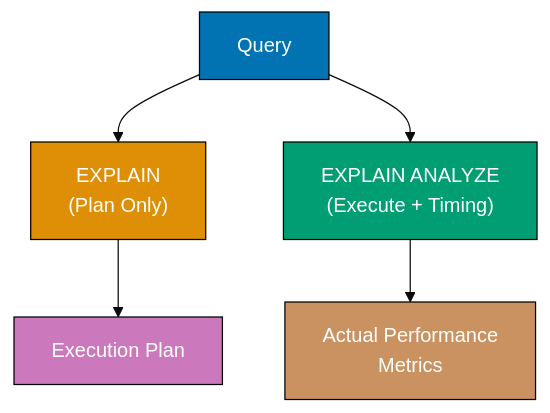
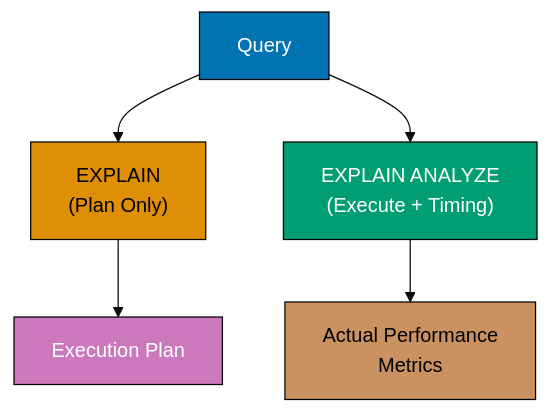
Before and after one commit to wahidyankf/open-sharia-enterprise: the sixth of 12 diagrams in apps/ayokoding-web/content/en/learn/software-engineering/data/databases/postgresql/by-example/intermediate.md, drawn with Mermaid (base theme). The commit also changed other lines of this file and 157 other files, not shown here.

````diff
--- a/apps/ayokoding-web/content/en/learn/software-engineering/data/databases/postgresql/by-example/intermediate.md
+++ b/apps/ayokoding-web/content/en/learn/software-engineering/data/databases/postgresql/by-example/intermediate.md
@@ -1303,20 +1307,20 @@
 ```mermaid
 %% Color Palette: Blue #0173B2, Orange #DE8F05, Teal #029E73, Purple #CC78BC, Brown #CA9161
 graph TD
     A["Query"]
     B["EXPLAIN<br/>(Plan Only)"]
     C["EXPLAIN ANALYZE<br/>(Execute + Timing)"]
     D["Execution Plan"]
     E["Actual Performance<br/>Metrics"]
 
     A --> B
     A --> C
     B --> D
     C --> E
 
     style A fill:#0173B2,stroke:#000,color:#fff
-    style B fill:#DE8F05,stroke:#000,color:#fff
+    style B fill:#DE8F05,stroke:#000,color:#000
     style C fill:#029E73,stroke:#000,color:#fff
     style D fill:#CC78BC,stroke:#000,color:#fff
-    style E fill:#CA9161,stroke:#000,color:#fff
+    style E fill:#CA9161,stroke:#000,color:#000
 ```
````
